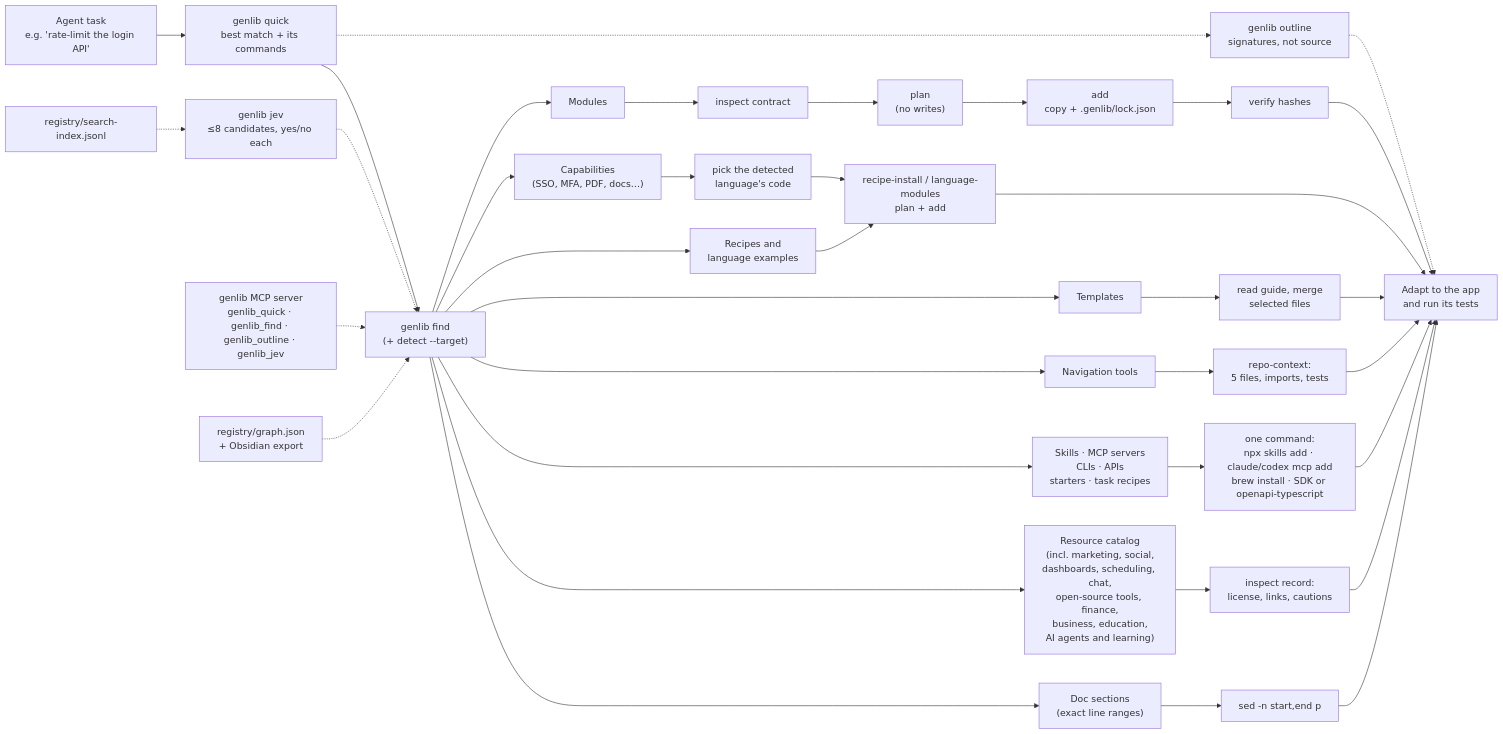
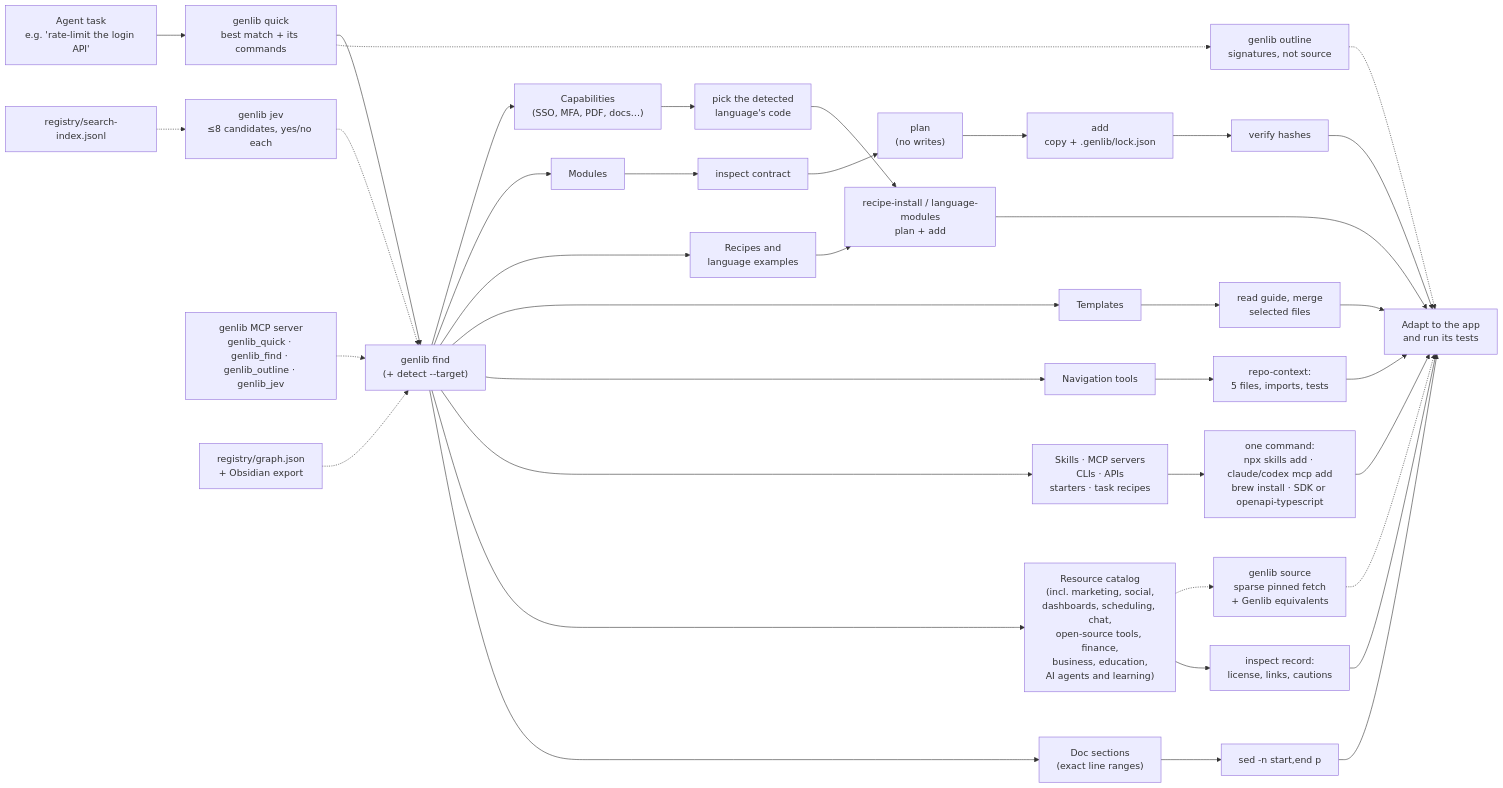
One commit to athompson83/genlib changed the diagram in README.md. Above: the diagram before and after it, drawn with Mermaid. The commit also changed other lines of this file and 18 other files, not shown here.

````diff
--- a/README.md
+++ b/README.md
@@ -65,26 +65,27 @@
 ```mermaid
 flowchart LR
   Task["Agent task<br/>e.g. 'rate-limit the login API'"] --> Quick["genlib quick<br/>best match + its commands"]
   Quick --> Find["genlib find<br/>(+ detect --target)"]
   Quick -.-> Outline["genlib outline<br/>signatures, not source"] -.-> App
+  X -.-> Source["genlib source<br/>sparse pinned fetch<br/>+ Genlib equivalents"] -.-> App
   Find --> C["Capabilities<br/>(SSO, MFA, PDF, docs…)"]
   Find --> M["Modules"]
   Find --> R["Recipes and<br/>language examples"]
   Find --> T["Templates"]
   Find --> N["Navigation tools"]
   Find --> S["Skills · MCP servers<br/>CLIs · APIs<br/>starters · task recipes"]
   Find --> X["Resource catalog<br/>(incl. marketing, social,<br/>dashboards, scheduling, chat,<br/>open-source tools, finance,<br/>business, education,<br/>AI agents and learning)"]
   Find --> D["Doc sections<br/>(exact line ranges)"]
   Jev["genlib jev<br/>≤8 candidates, yes/no each"] -.-> Find
   Index["registry/search-index.jsonl"] -.-> Jev
   MCP["genlib MCP server<br/>genlib_quick · genlib_find · genlib_outline · genlib_jev"] -.-> Find
   Graph["registry/graph.json<br/>+ Obsidian export"] -.-> Find
   M --> Inspect["inspect contract"] --> Plan["plan<br/>(no writes)"] --> Add["add<br/>copy + .genlib/lock.json"] --> Verify["verify hashes"] --> App["Adapt to the app<br/>and run its tests"]
   C --> Lang["pick the detected<br/>language's code"] --> Copy
   R --> Copy["recipe-install / language-modules<br/>plan + add"] --> App
   T --> Merge["read guide, merge<br/>selected files"] --> App
   N --> Context["repo-context:<br/>5 files, imports, tests"] --> App
   S --> SkillAdd["one command:<br/>npx skills add · claude/codex mcp add<br/>brew install · SDK or openapi-typescript"] --> App
   X --> Adopt["inspect record:<br/>license, links, cautions"] --> App
   D --> Section["sed -n start,end p"] --> App
 ```
````
